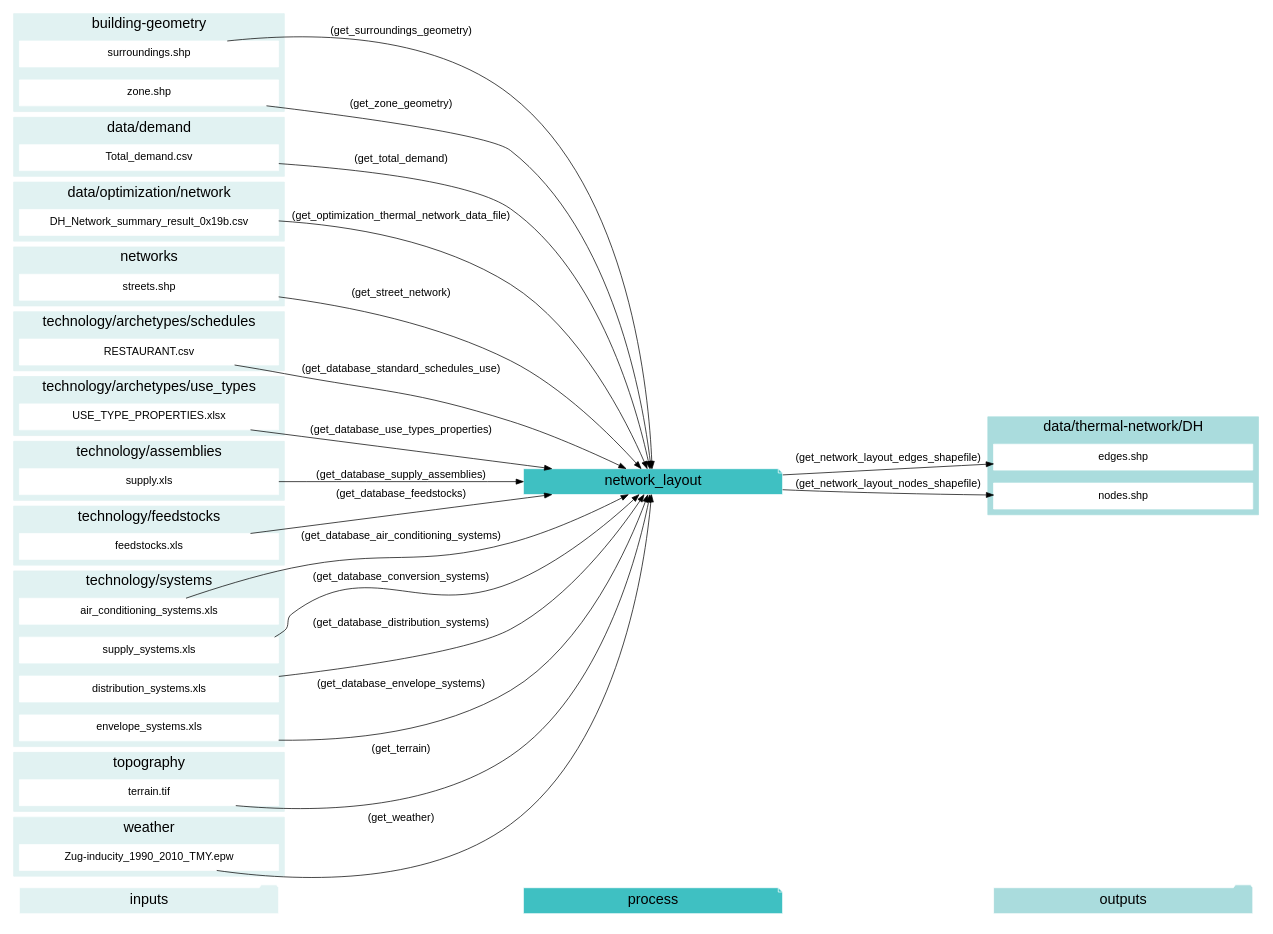
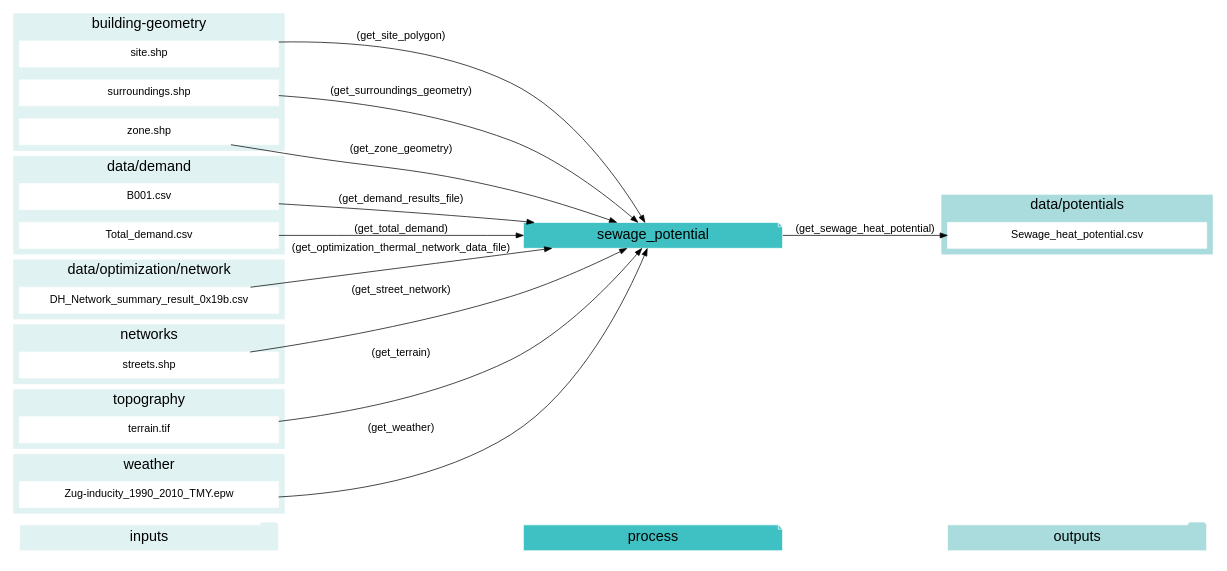
Before and after one commit to architecture-building-systems/CityEnergyAnalyst: the seventh of 23 diagrams in docs/script-data-flow.rst, drawn with Graphviz. The commit also changed other lines of this file and 24 other files, not shown here.

```diff
--- a/docs/script-data-flow.rst
+++ b/docs/script-data-flow.rst
@@ -786,13 +671,14 @@
     "inputs"->"process"[style=invis]
     "process"->"outputs"[style=invis]
     }
-    "network_layout"[style=filled, color=white, fillcolor="#3FC0C2", shape=note, fontsize=20, fontname=arial];
+    "sewage_potential"[style=filled, color=white, fillcolor="#3FC0C2", shape=note, fontsize=20, fontname=arial];
     subgraph cluster_0_in {
         style = filled;
         color = "#E1F2F2";
         fontsize = 20;
         rank=same;
         label="building-geometry";
+        "site.shp"
         "surroundings.shp"
         "zone.shp"
     }
@@ -802,6 +688,7 @@
         fontsize = 20;
         rank=same;
         label="data/demand";
+        "B001.csv"
         "Total_demand.csv"
     }
     subgraph cluster_2_in {
@@ -817,9 +704,8 @@
         color = "#aadcdd";
         fontsize = 20;
         rank=same;
-        label="data/thermal-network/DH";
-        "edges.shp"
-        "nodes.shp"
+        label="data/potentials";
+        "Sewage_heat_potential.csv"
     }
     subgraph cluster_4_in {
         style = filled;
@@ -834,53 +720,10 @@
         color = "#E1F2F2";
         fontsize = 20;
         rank=same;
-        label="technology/archetypes/schedules";
-        "RESTAURANT.csv"
-    }
-    subgraph cluster_6_in {
-        style = filled;
-        color = "#E1F2F2";
-        fontsize = 20;
-        rank=same;
-        label="technology/archetypes/use_types";
-        "USE_TYPE_PROPERTIES.xlsx"
-    }
-    subgraph cluster_7_in {
-        style = filled;
-        color = "#E1F2F2";
-        fontsize = 20;
-        rank=same;
-        label="technology/assemblies";
-        "supply.xls"
-    }
-    subgraph cluster_8_in {
-        style = filled;
-        color = "#E1F2F2";
-        fontsize = 20;
-        rank=same;
-        label="technology/feedstocks";
-        "feedstocks.xls"
-    }
-    subgraph cluster_9_in {
-        style = filled;
-        color = "#E1F2F2";
-        fontsize = 20;
-        rank=same;
-        label="technology/systems";
-        "air_conditioning_systems.xls"
-        "supply_systems.xls"
-        "distribution_systems.xls"
-        "envelope_systems.xls"
-    }
-    subgraph cluster_10_in {
-        style = filled;
-        color = "#E1F2F2";
-        fontsize = 20;
-        rank=same;
         label="topography";
         "terrain.tif"
     }
-    subgraph cluster_11_in {
+    subgraph cluster_6_in {
         style = filled;
         color = "#E1F2F2";
         fontsize = 20;
@@ -888,21 +731,14 @@
         label="weather";
         "Zug-inducity_1990_2010_TMY.epw"
     }
-    "air_conditioning_systems.xls" -> "network_layout"[label="(get_database_air_conditioning_systems)"]
-    "supply_systems.xls" -> "network_layout"[label="(get_database_conversion_systems)"]
-    "distribution_systems.xls" -> "network_layout"[label="(get_database_distribution_systems)"]
-    "envelope_systems.xls" -> "network_layout"[label="(get_database_envelope_systems)"]
-    "feedstocks.xls" -> "network_layout"[label="(get_database_feedstocks)"]
-    "RESTAURANT.csv" -> "network_layout"[label="(get_database_standard_schedules_use)"]
-    "supply.xls" -> "network_layout"[label="(get_database_supply_assemblies)"]
-    "USE_TYPE_PROPERTIES.xlsx" -> "network_layout"[label="(get_database_use_types_properties)"]
-    "DH_Network_summary_result_0x19b.csv" -> "network_layout"[label="(get_optimization_thermal_network_data_file)"]
-    "streets.shp" -> "network_layout"[label="(get_street_network)"]
-    "surroundings.shp" -> "network_layout"[label="(get_surroundings_geometry)"]
-    "terrain.tif" -> "network_layout"[label="(get_terrain)"]
-    "Total_demand.csv" -> "network_layout"[label="(get_total_demand)"]
-    "Zug-inducity_1990_2010_TMY.epw" -> "network_layout"[label="(get_weather)"]
-    "zone.shp" -> "network_layout"[label="(get_zone_geometry)"]
-    "network_layout" -> "edges.shp"[label="(get_network_layout_edges_shapefile)"]
-    "network_layout" -> "nodes.shp"[label="(get_network_layout_nodes_shapefile)"]
+    "B001.csv" -> "sewage_potential"[label="(get_demand_results_file)"]
+    "DH_Network_summary_result_0x19b.csv" -> "sewage_potential"[label="(get_optimization_thermal_network_data_file)"]
+    "site.shp" -> "sewage_potential"[label="(get_site_polygon)"]
+    "streets.shp" -> "sewage_potential"[label="(get_street_network)"]
+    "surroundings.shp" -> "sewage_potential"[label="(get_surroundings_geometry)"]
+    "terrain.tif" -> "sewage_potential"[label="(get_terrain)"]
+    "Total_demand.csv" -> "sewage_potential"[label="(get_total_demand)"]
+    "Zug-inducity_1990_2010_TMY.epw" -> "sewage_potential"[label="(get_weather)"]
+    "zone.shp" -> "sewage_potential"[label="(get_zone_geometry)"]
+    "sewage_potential" -> "Sewage_heat_potential.csv"[label="(get_sewage_heat_potential)"]
     }
```
